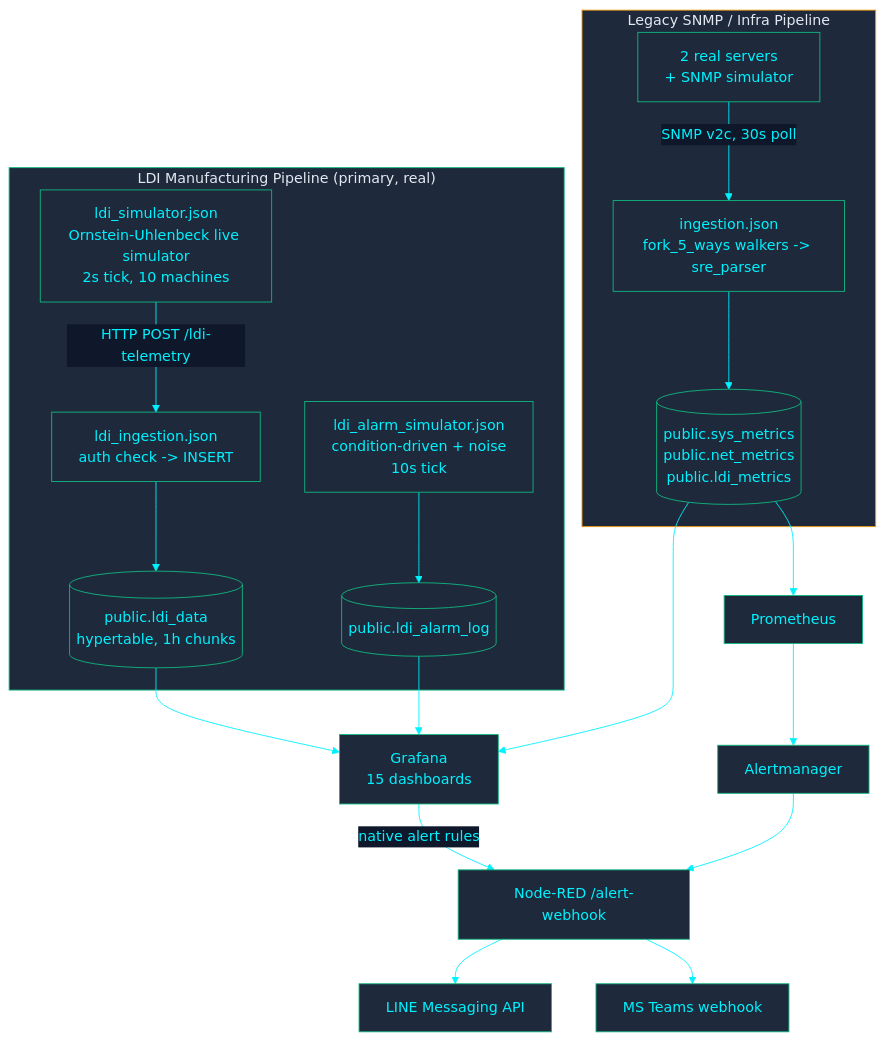
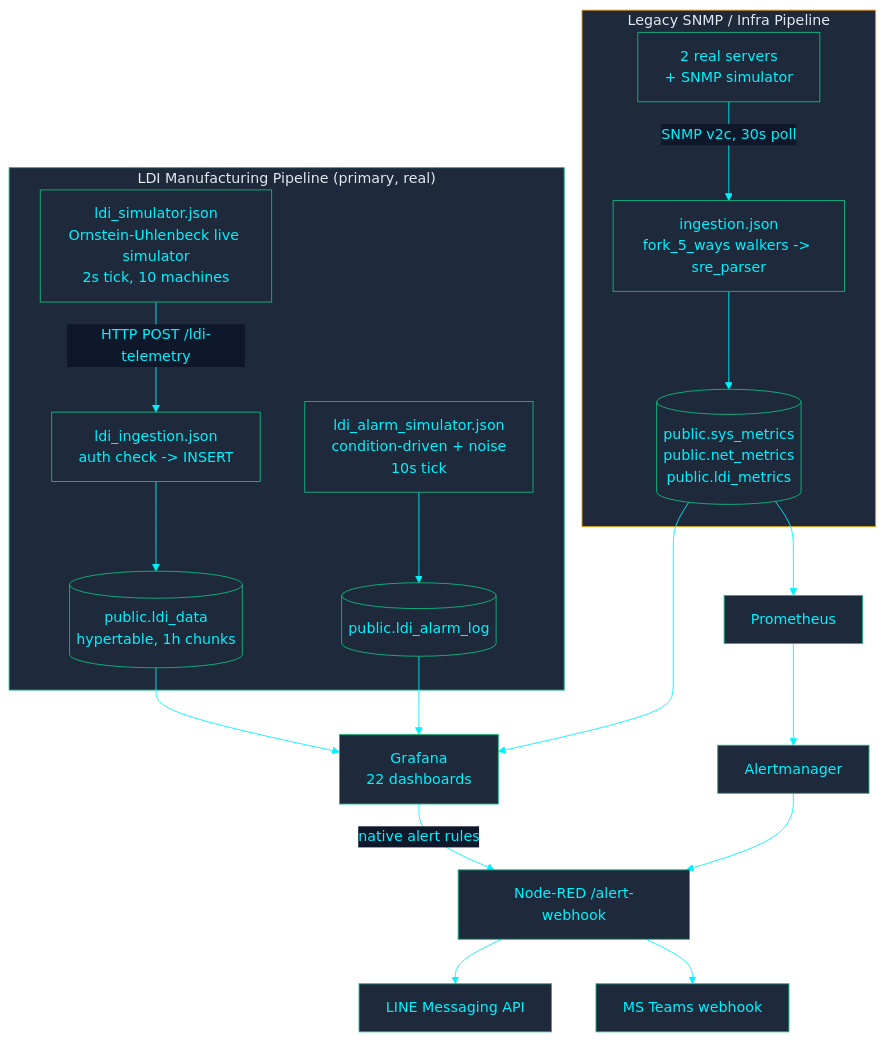
The diagram in docs/architecture/ARCHITECTURE.md (PATTANAKORN025/IMS), drawn with Mermaid before and after one commit. The commit also changed 91 other files, not shown here.

````diff
--- a/docs/architecture/ARCHITECTURE.md
+++ b/docs/architecture/ARCHITECTURE.md
@@ -28,26 +28,26 @@
 ```mermaid
 %%{init: {'theme': 'base', 'themeVariables': { 'primaryColor': '#1e293b', 'primaryTextColor': '#00F2FE', 'primaryBorderColor': '#10B981', 'lineColor': '#00F2FE', 'secondaryColor': '#0f172a', 'tertiaryColor': '#0f172a', 'clusterBkg': '#030407', 'clusterBorder': '#00F2FE'}}}%%
 flowchart TB
  subgraph LDI ["LDI Manufacturing Pipeline (primary, real)"]
   SIM["ldi_simulator.json\nOrnstein-Uhlenbeck live simulator\n2s tick, 10 machines"] -->|"HTTP POST /ldi-telemetry"| ING["ldi_ingestion.json\nauth check -> INSERT"]
   ING --> LDIDATA[("public.ldi_data\nhypertable, 1h chunks")]
   ALMSIM["ldi_alarm_simulator.json\ncondition-driven + noise\n10s tick"] --> ALARMLOG[("public.ldi_alarm_log")]
  end
 
  subgraph LEGACY ["Legacy SNMP / Infra Pipeline"]
   DEV["2 real servers\n+ SNMP simulator"] -->|"SNMP v2c, 30s poll"| NR["ingestion.json\nfork_5_ways walkers -> sre_parser"]
   NR --> SYSMETRICS[("public.sys_metrics\npublic.net_metrics\npublic.ldi_metrics")]
  end
 
- LDIDATA --> GRAFANA["Grafana\n15 dashboards"]
+ LDIDATA --> GRAFANA["Grafana\n22 dashboards"]
  ALARMLOG --> GRAFANA
  SYSMETRICS --> GRAFANA
  SYSMETRICS --> PROM["Prometheus"]
  GRAFANA -->|"native alert rules"| NRWEBHOOK["Node-RED /alert-webhook"]
  PROM --> AM["Alertmanager"] --> NRWEBHOOK
  NRWEBHOOK --> LINE["LINE Messaging API"]
  NRWEBHOOK --> TEAMS["MS Teams webhook"]
 
  style LDI fill:#1e293b,stroke:#10B981,color:#e2e8f0
  style LEGACY fill:#1e293b,stroke:#F59E0B,color:#e2e8f0
 ```
````
